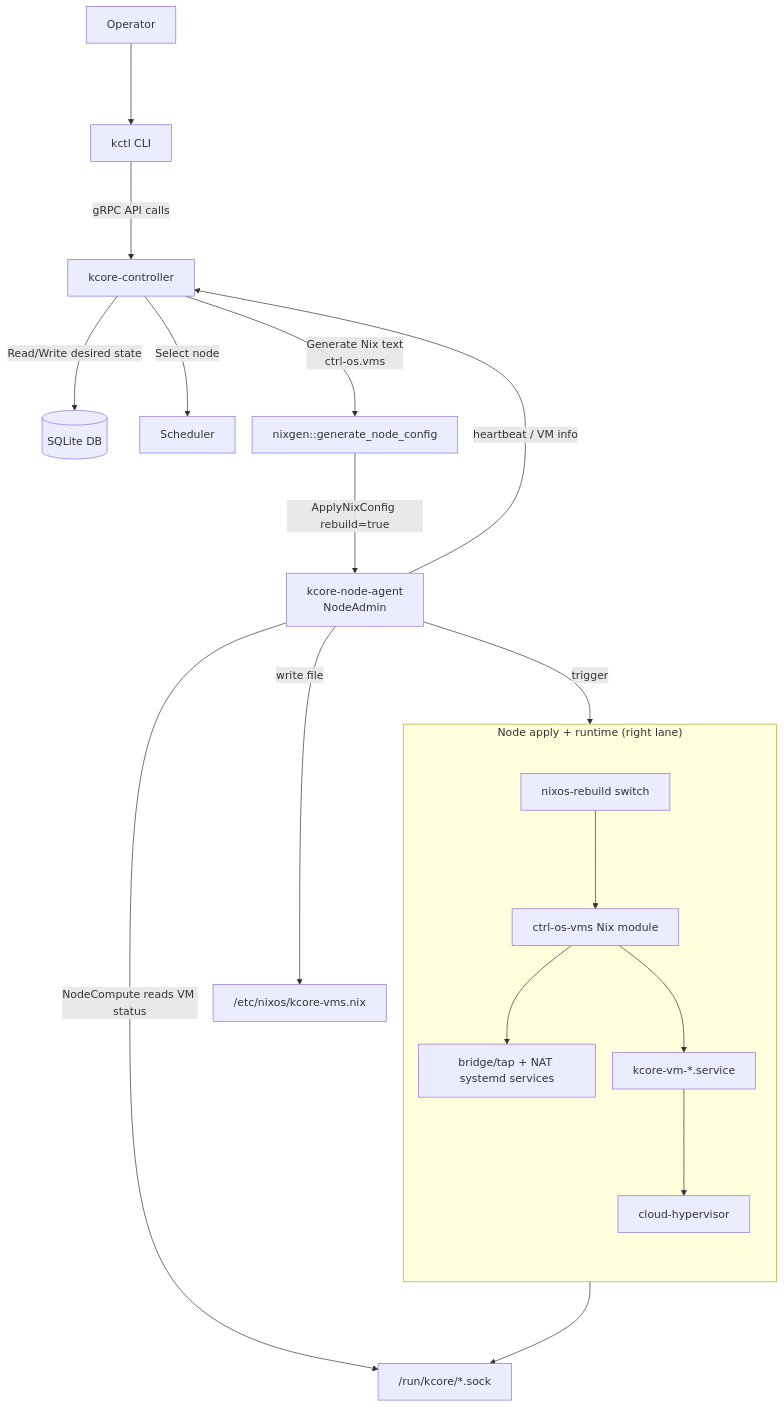
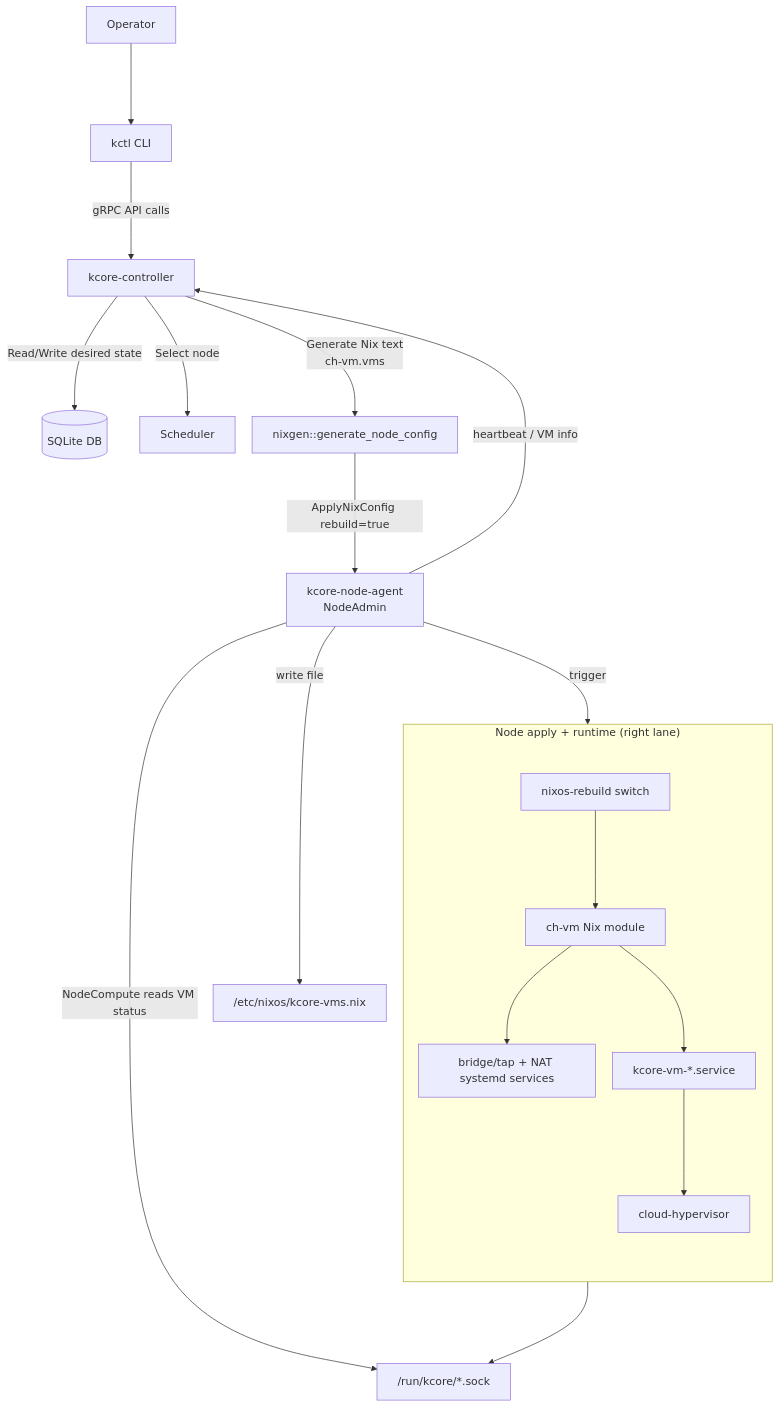
Before and after one commit to kcorehypervisor/kcore: the first of 2 diagrams in docs/Architecture.md, drawn with Mermaid. The commit also changed other lines of this file and 35 other files, not shown here.

````diff
--- a/docs/Architecture.md
+++ b/docs/Architecture.md
@@ -7,32 +7,32 @@
 ```mermaid
 %%{init: {"flowchart": {"nodeSpacing": 25, "rankSpacing": 120}} }%%
 flowchart TB
   U[Operator] --> K[kctl CLI]
   K -->|gRPC API calls| C[kcore-controller]
 
   C -->|Read/Write desired state| DB[(SQLite DB)]
   C -->|Select node| S[Scheduler]
-  C -->|Generate Nix text<br/>ctrl-os.vms| NIXGEN[nixgen::generate_node_config]
+  C -->|Generate Nix text<br/>ch-vm.vms| NIXGEN[nixgen::generate_node_config]
 
   NIXGEN -->|ApplyNixConfig rebuild=true| A[kcore-node-agent<br/>NodeAdmin]
   A -->|write file| CFG["/etc/nixos/kcore-vms.nix"]
 
   subgraph APPLY_PATH["Node apply + runtime (right lane)"]
     direction TB
     REBUILD[nixos-rebuild switch]
-    MOD[ctrl-os-vms Nix module]
+    MOD[ch-vm Nix module]
     NET[bridge/tap + NAT systemd services]
     VMUNIT[kcore-vm-*.service]
     CH[cloud-hypervisor]
     REBUILD --> MOD
     MOD --> NET
     MOD --> VMUNIT
     VMUNIT --> CH
   end
 
   A -->|trigger| REBUILD
 
   CH --> SOCK["/run/kcore/*.sock"]
   A -->|NodeCompute reads VM status| SOCK
   A -->|heartbeat / VM info| C
 ```
````
